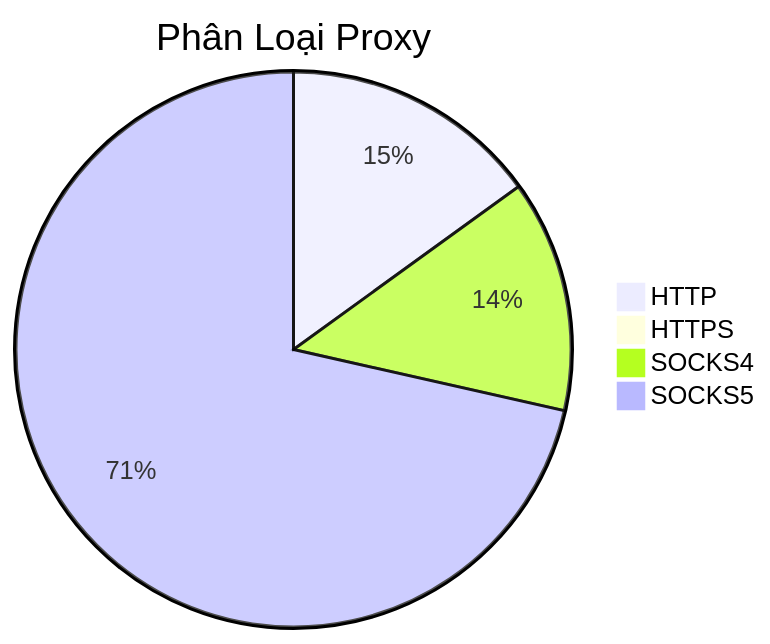
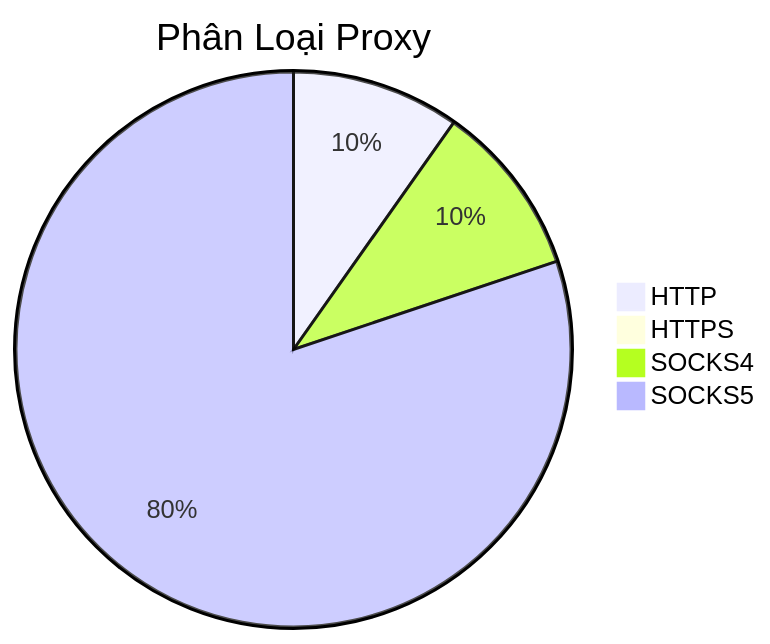
Before and after one commit to Ciara-12/PROXY-free: the diagram in README.md, drawn with Mermaid. The commit also changed other lines of this file and 4 other files, not shown here.

````diff
--- a/README.md
+++ b/README.md
@@ -26,7 +26,7 @@
 ```mermaid
 pie title Phân Loại Proxy
-    "HTTP" : 355
-    "HTTPS" : 0
-    "SOCKS4" : 319
-    "SOCKS5" : 1688
+    "HTTP" : 338
+    "HTTPS" : 3
+    "SOCKS4" : 348
+    "SOCKS5" : 2769
 ```
````
